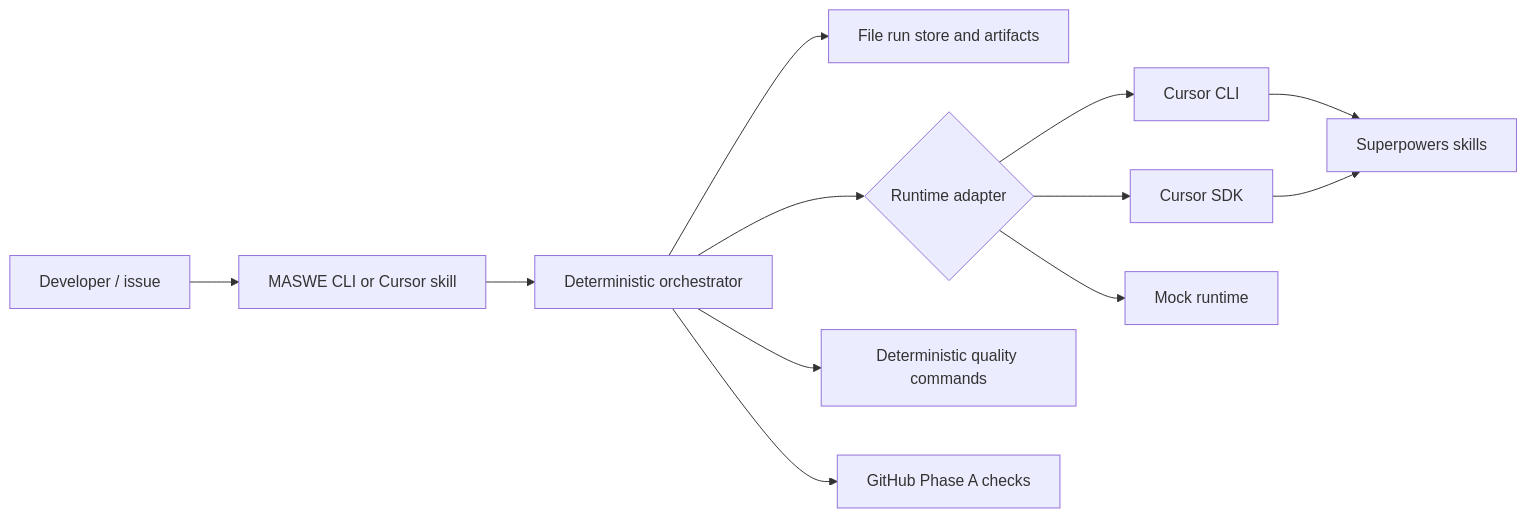
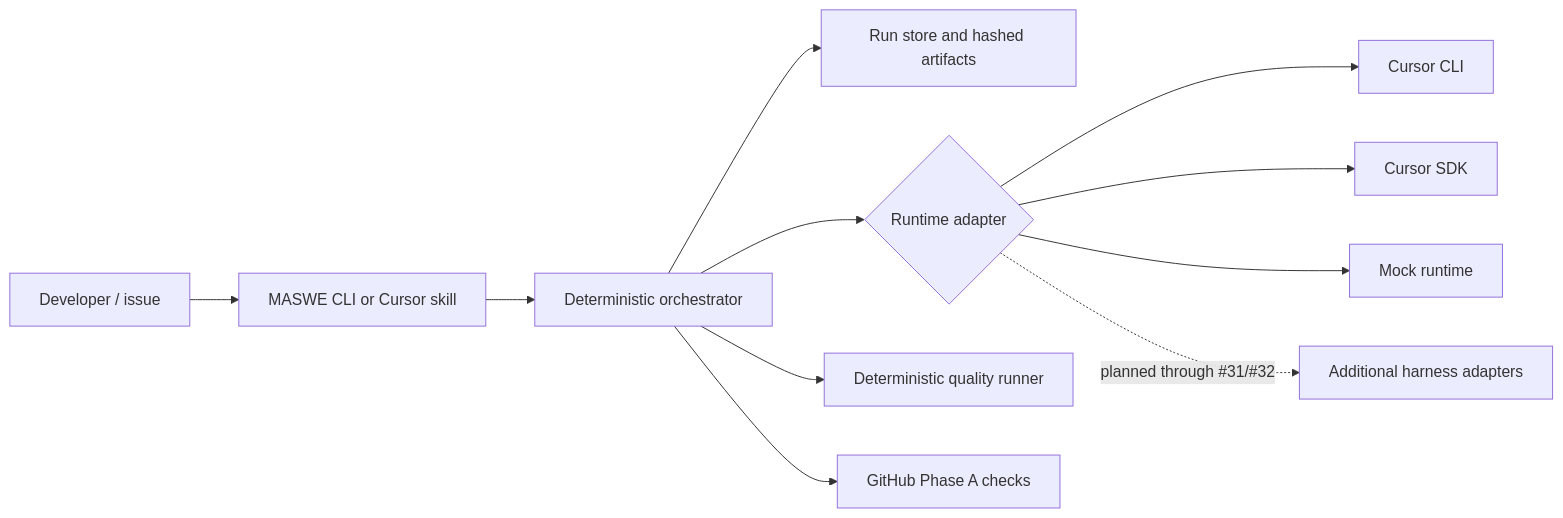
One commit to tomazb/cursor-multi-agent-software-engineer changed the diagram in README.md. Above: the diagram before and after it, drawn with Mermaid. The commit also changed other lines of this file, not shown here.

````diff
--- a/README.md
+++ b/README.md
@@ -45,14 +32,13 @@
 ```mermaid
 flowchart LR
   U[Developer / issue] --> CLI[MASWE CLI or Cursor skill]
   CLI --> O[Deterministic orchestrator]
-  O --> S[File run store and artifacts]
+  O --> S[Run store and hashed artifacts]
   O --> R{Runtime adapter}
   R --> C[Cursor CLI]
   R --> SDK[Cursor SDK]
   R --> M[Mock runtime]
-  O --> Q[Deterministic quality commands]
-  C --> SP[Superpowers skills]
-  SDK --> SP
+  R -. planned through #31/#32 .-> H[Additional harness adapters]
+  O --> Q[Deterministic quality runner]
   O --> GH[GitHub Phase A checks]
 ```
````
